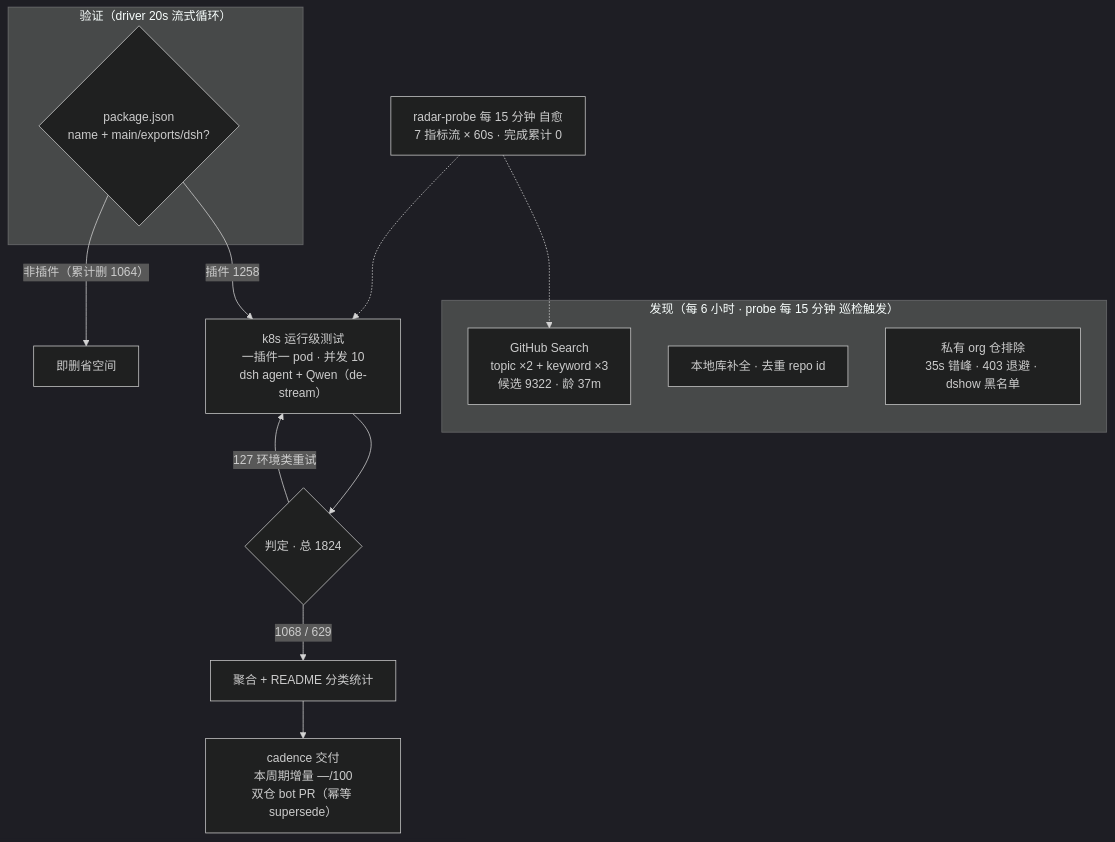
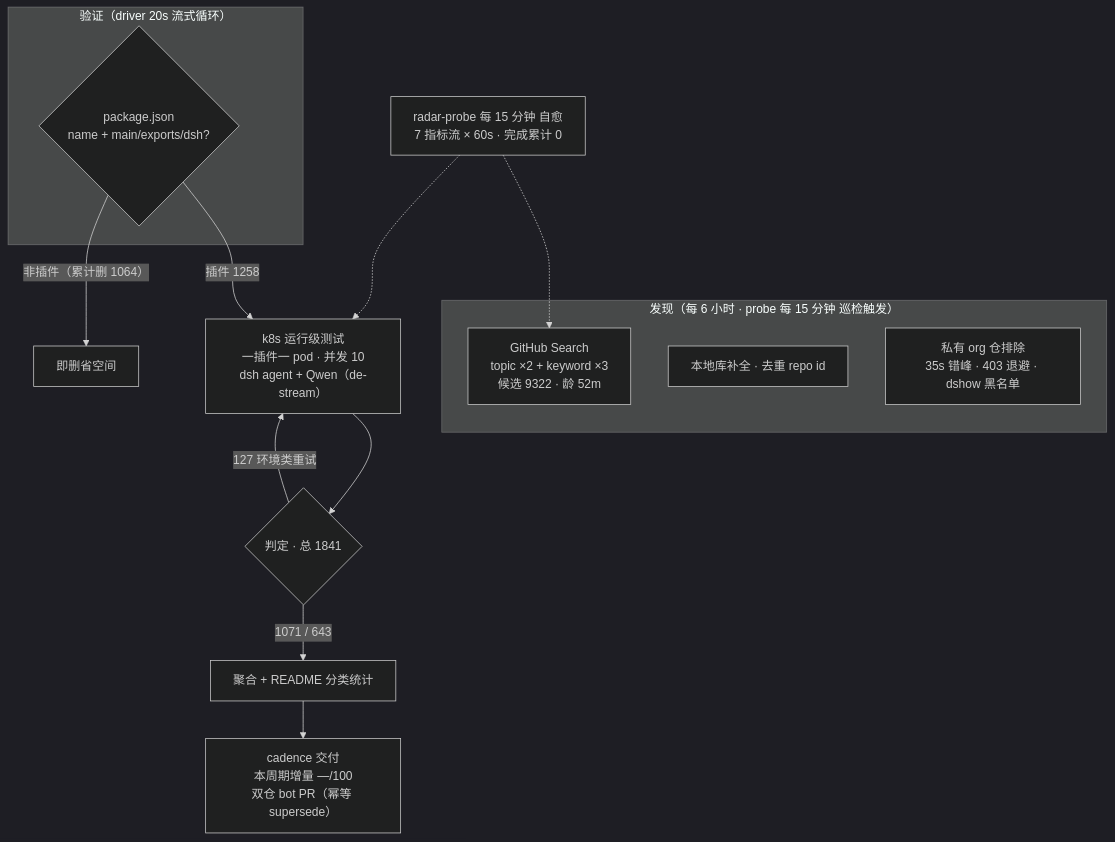
One commit to Zhidao-Lab-OSS/awesome-dsh-plugins changed the diagram in README.md. Above: the diagram before and after it, drawn with Mermaid (dark theme). The commit also changed other lines of this file and 1 other file, not shown here.

````diff
--- a/README.md
+++ b/README.md
@@ -37,19 +37,19 @@
 ```mermaid
 flowchart TB
     subgraph Discovery[" 发现（每 6 小时 · probe 每 15 分钟 巡检触发）"]
-        A1["GitHub Search<br/>topic ×2 + keyword ×3<br/>候选 9322 · 龄 37m"]
+        A1["GitHub Search<br/>topic ×2 + keyword ×3<br/>候选 9322 · 龄 52m"]
         A2["本地库补全 · 去重 repo id"]
         A3[" 私有 org 仓排除<br/>35s 错峰 · 403 退避 · dshow 黑名单"]
     end
     subgraph Validation[" 验证（driver 20s 流式循环）"]
         B1{"package.json<br/>name + main/exports/dsh?"}
     end
     B1 -->|"插件 1258"| C1["k8s 运行级测试<br/>一插件一 pod · 并发 10<br/>dsh agent + Qwen（de-stream）"]
     B1 -->|"非插件（累计删 1064）"| B3[" 即删省空间"]
-    C1 --> D1{"判定 · 总 1824"}
-    D1 -->|" 1068 /  629"| E1["聚合 + README 分类统计"]
+    C1 --> D1{"判定 · 总 1841"}
+    D1 -->|" 1071 /  643"| E1["聚合 + README 分类统计"]
     D1 -->|" 127 环境类重试"| C1
     E1 --> E2["cadence 交付<br/>本周期增量 —/100<br/>双仓 bot PR（幂等 supersede）"]
     M[" radar-probe 每 15 分钟 自愈<br/>7 指标流 × 60s · 完成累计 0"] -.-> A1
     M -.-> C1
 ```
````
